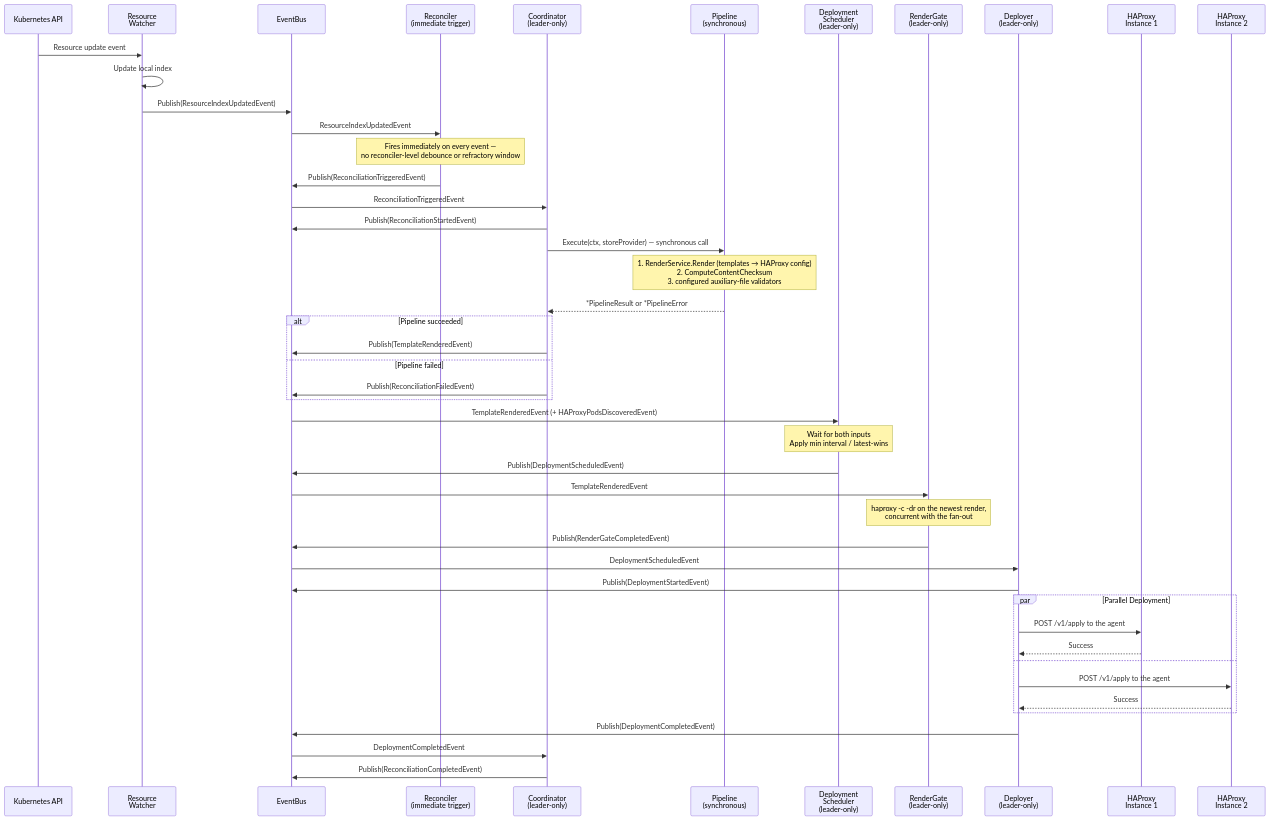
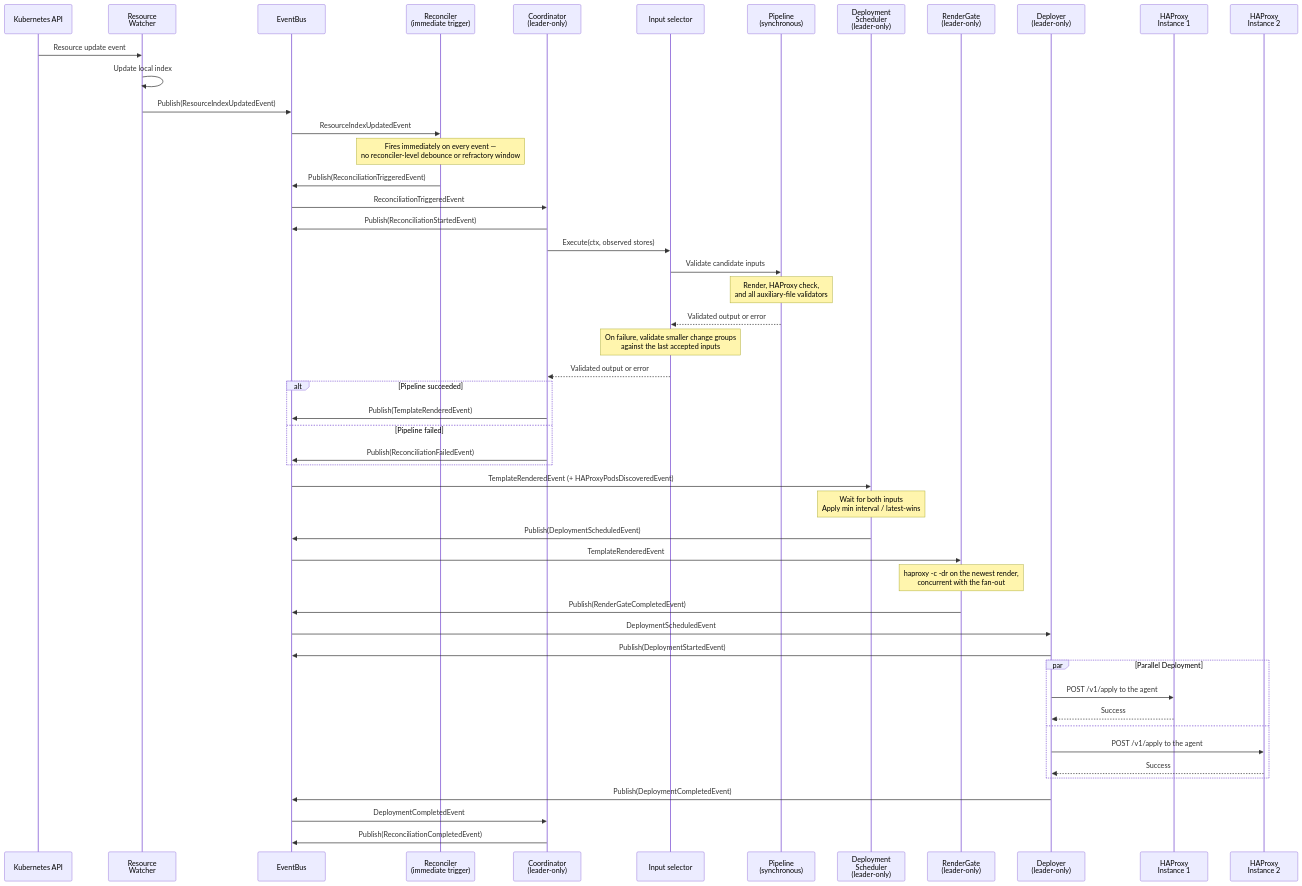
The second of 4 diagrams in docs/site/docs/development/design/sequence-diagrams.md (HAProxy-Template-IC/haproxy-template-ingress-controller), drawn with Mermaid before and after one commit. The commit also changed other lines of this file and 49 other files, not shown here.

````diff
--- a/docs/site/docs/development/design/sequence-diagrams.md
+++ b/docs/site/docs/development/design/sequence-diagrams.md
@@ -84,59 +84,63 @@
 ```mermaid
 sequenceDiagram
     participant K8S as Kubernetes API
     participant ResourceWatcher as Resource<br/>Watcher
     participant EventBus
     participant Reconciler as Reconciler<br/>(immediate trigger)
     participant Coordinator as Coordinator<br/>(leader-only)
+    participant Selector as Input selector
     participant Pipeline as Pipeline<br/>(synchronous)
     participant Scheduler as Deployment<br/>Scheduler<br/>(leader-only)
     participant RenderGate as RenderGate<br/>(leader-only)
     participant Deployer as Deployer<br/>(leader-only)
     participant HAProxy1 as HAProxy<br/>Instance 1
     participant HAProxy2 as HAProxy<br/>Instance 2
 
     K8S->>ResourceWatcher: Resource update event
     ResourceWatcher->>ResourceWatcher: Update local index
     ResourceWatcher->>EventBus: Publish(ResourceIndexUpdatedEvent)
 
     EventBus->>Reconciler: ResourceIndexUpdatedEvent
     Note over Reconciler: Fires immediately on every event —<br/>no reconciler-level debounce or refractory window
 
     Reconciler->>EventBus: Publish(ReconciliationTriggeredEvent)
 
     EventBus->>Coordinator: ReconciliationTriggeredEvent
     Coordinator->>EventBus: Publish(ReconciliationStartedEvent)
 
-    Coordinator->>Pipeline: Execute(ctx, storeProvider) — synchronous call
-    Note over Pipeline: 1. RenderService.Render (templates → HAProxy config)<br/>2. ComputeContentChecksum<br/>3. configured auxiliary-file validators
-    Pipeline-->>Coordinator: *PipelineResult or *PipelineError
+    Coordinator->>Selector: Execute(ctx, observed stores)
+    Selector->>Pipeline: Validate candidate inputs
+    Note over Pipeline: Render, HAProxy check,<br/>and all auxiliary-file validators
+    Pipeline-->>Selector: Validated output or error
+    Note over Selector: On failure, validate smaller change groups<br/>against the last accepted inputs
+    Selector-->>Coordinator: Validated output or error
 
     alt Pipeline succeeded
         Coordinator->>EventBus: Publish(TemplateRenderedEvent)
     else Pipeline failed
         Coordinator->>EventBus: Publish(ReconciliationFailedEvent)
     end
 
     EventBus->>Scheduler: TemplateRenderedEvent (+ HAProxyPodsDiscoveredEvent)
     Note over Scheduler: Wait for both inputs<br/>Apply min interval / latest-wins
     Scheduler->>EventBus: Publish(DeploymentScheduledEvent)
 
     EventBus->>RenderGate: TemplateRenderedEvent
     Note over RenderGate: haproxy -c -dr on the newest render,<br/>concurrent with the fan-out
     RenderGate->>EventBus: Publish(RenderGateCompletedEvent)
 
     EventBus->>Deployer: DeploymentScheduledEvent
     Deployer->>EventBus: Publish(DeploymentStartedEvent)
 
     par Parallel Deployment
         Deployer->>HAProxy1: POST /v1/apply to the agent
         HAProxy1-->>Deployer: Success
     and
         Deployer->>HAProxy2: POST /v1/apply to the agent
         HAProxy2-->>Deployer: Success
     end
 
     Deployer->>EventBus: Publish(DeploymentCompletedEvent)
     EventBus->>Coordinator: DeploymentCompletedEvent
     Coordinator->>EventBus: Publish(ReconciliationCompletedEvent)
 ```
````
